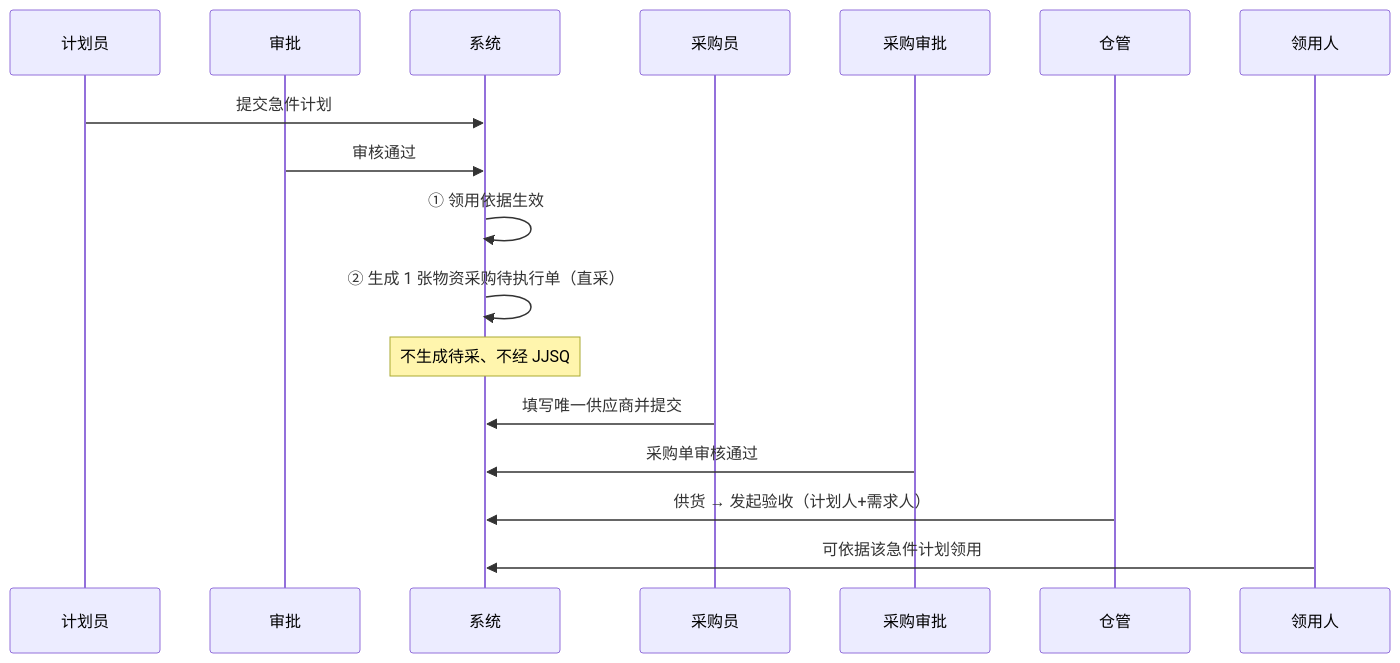
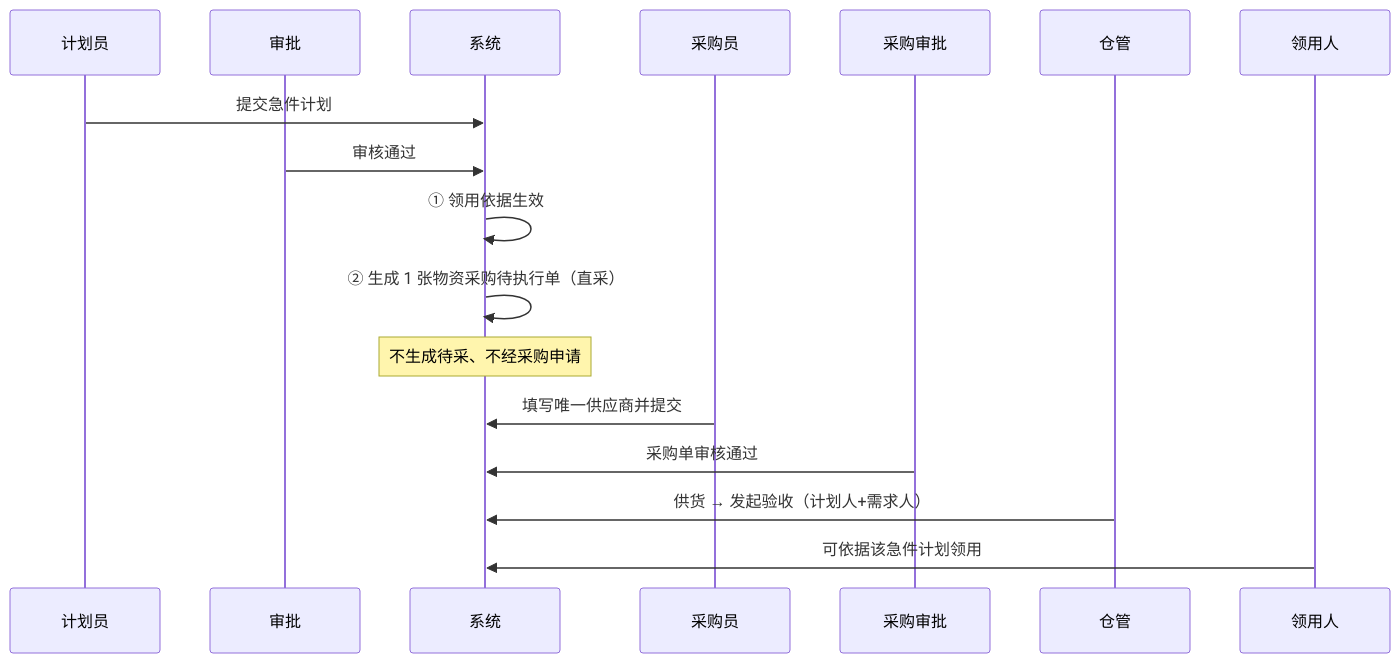
One commit to liaoliao66/wms changed the second of 6 diagrams in docs/versions/v1.0.1/prd.md. Above: the diagram before and after it, drawn with Mermaid. The commit also changed other lines of this file and 1 other file, not shown here.

First line of the commit message:
docs(v1.0.1): replace JJSQ with 采购申请 and make material spec optional

````diff
--- a/docs/versions/v1.0.1/prd.md
+++ b/docs/versions/v1.0.1/prd.md
@@ -123,20 +124,20 @@
 ```mermaid
 sequenceDiagram
   participant 计划员
   participant 审批
   participant 系统
   participant 采购员
   participant 采购审批
   participant 仓管
   participant 领用人
 
   计划员->>系统: 提交急件计划
   审批->>系统: 审核通过
   系统->>系统: ① 领用依据生效
   系统->>系统: ② 生成 1 张物资采购待执行单（直采）
-  Note over 系统: 不生成待采、不经 JJSQ
+  Note over 系统: 不生成待采、不经采购申请
   采购员->>系统: 填写唯一供应商并提交
   采购审批->>系统: 采购单审核通过
   仓管->>系统: 供货 → 发起验收（计划人+需求人）
   领用人->>系统: 可依据该急件计划领用
 ```
````
